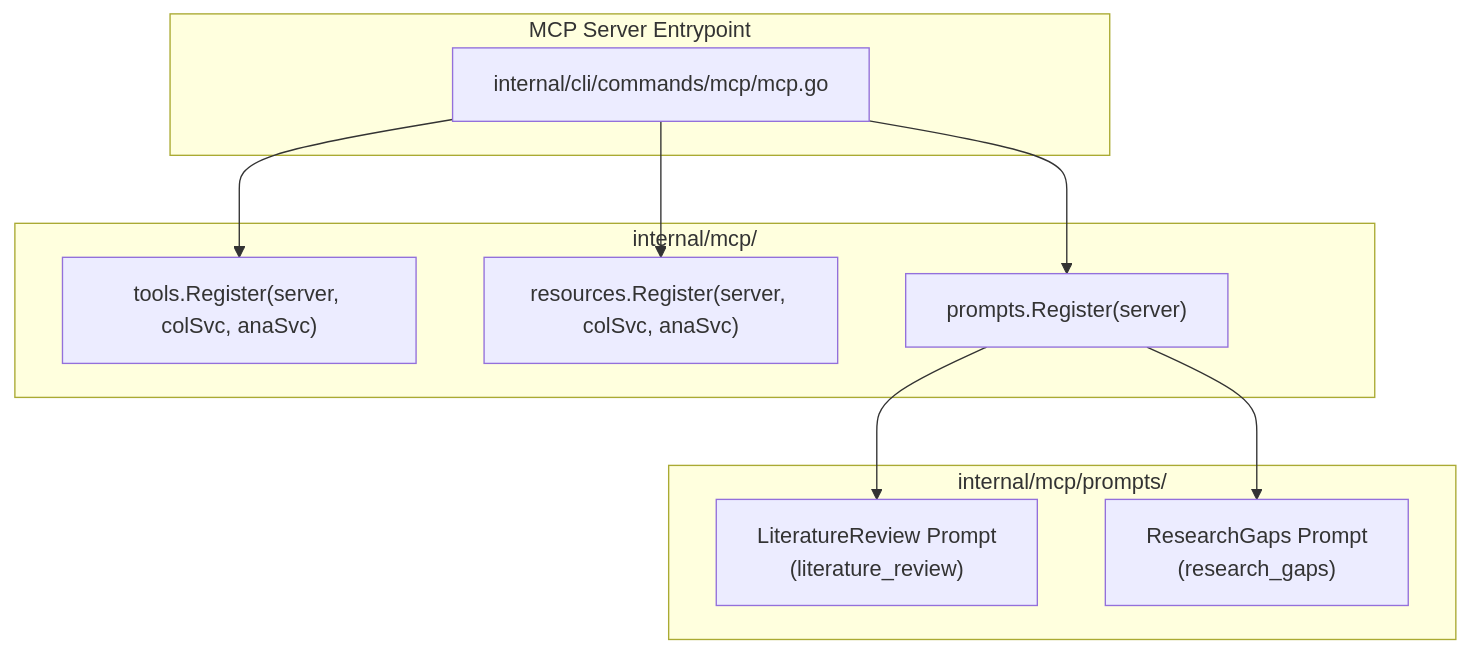
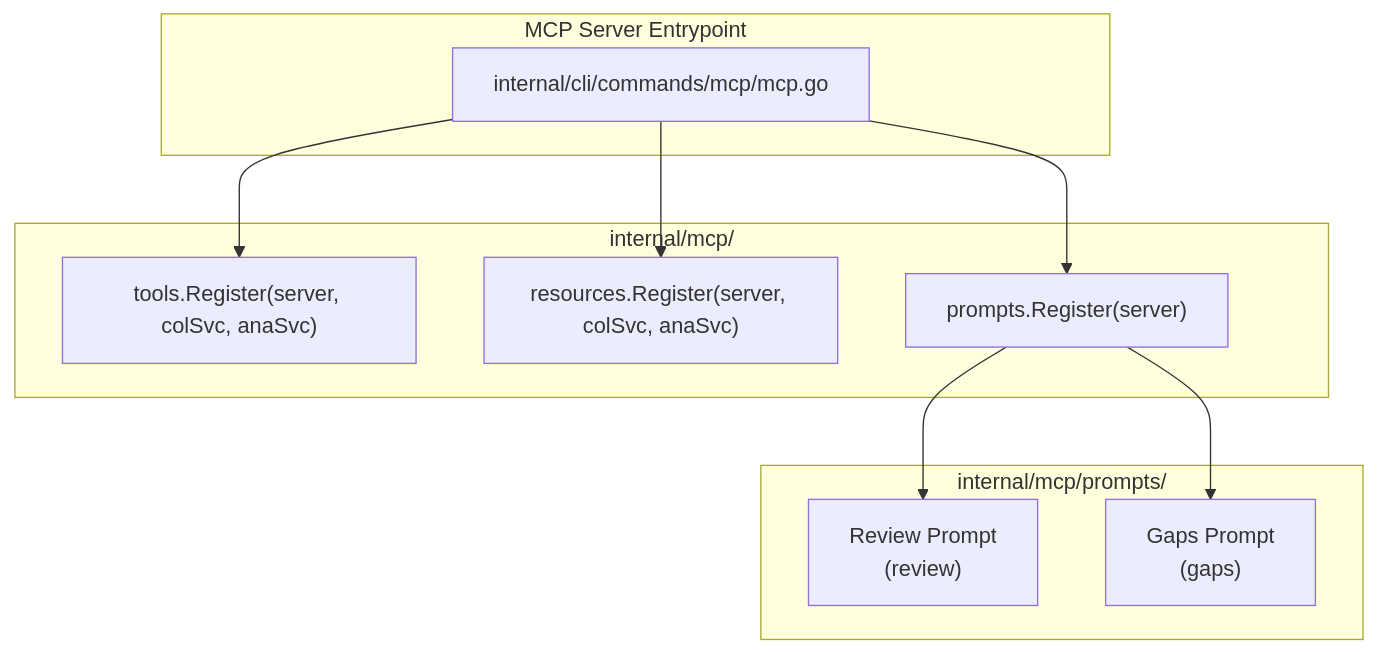
One commit to coreofscience/go-bibx changed the diagram in docs/plans/mcp-prompts.md. Above: the diagram before and after it, drawn with Mermaid. The commit also changed other lines of this file, not shown here.

Commit message:
docs: update MCP prompts plan with review and gaps names

````diff
--- a/docs/plans/mcp-prompts.md
+++ b/docs/plans/mcp-prompts.md
@@ -57,23 +58,23 @@
 ```mermaid
 flowchart TD
     subgraph ServerEntry ["MCP Server Entrypoint"]
         CMD["internal/cli/commands/mcp/mcp.go"]
     end
 
     subgraph MCPTier ["internal/mcp/"]
         Tools["tools.Register(server, colSvc, anaSvc)"]
         Resources["resources.Register(server, colSvc, anaSvc)"]
         Prompts["prompts.Register(server)"]
     end
 
     subgraph PromptsPkg ["internal/mcp/prompts/"]
-        LitRev["LiteratureReview Prompt\n(literature_review)"]
-        Gaps["ResearchGaps Prompt\n(research_gaps)"]
+        Review["Review Prompt\n(review)"]
+        Gaps["Gaps Prompt\n(gaps)"]
     end
 
     CMD --> Tools
     CMD --> Resources
     CMD --> Prompts
-    Prompts --> LitRev
+    Prompts --> Review
     Prompts --> Gaps
 ```
````
